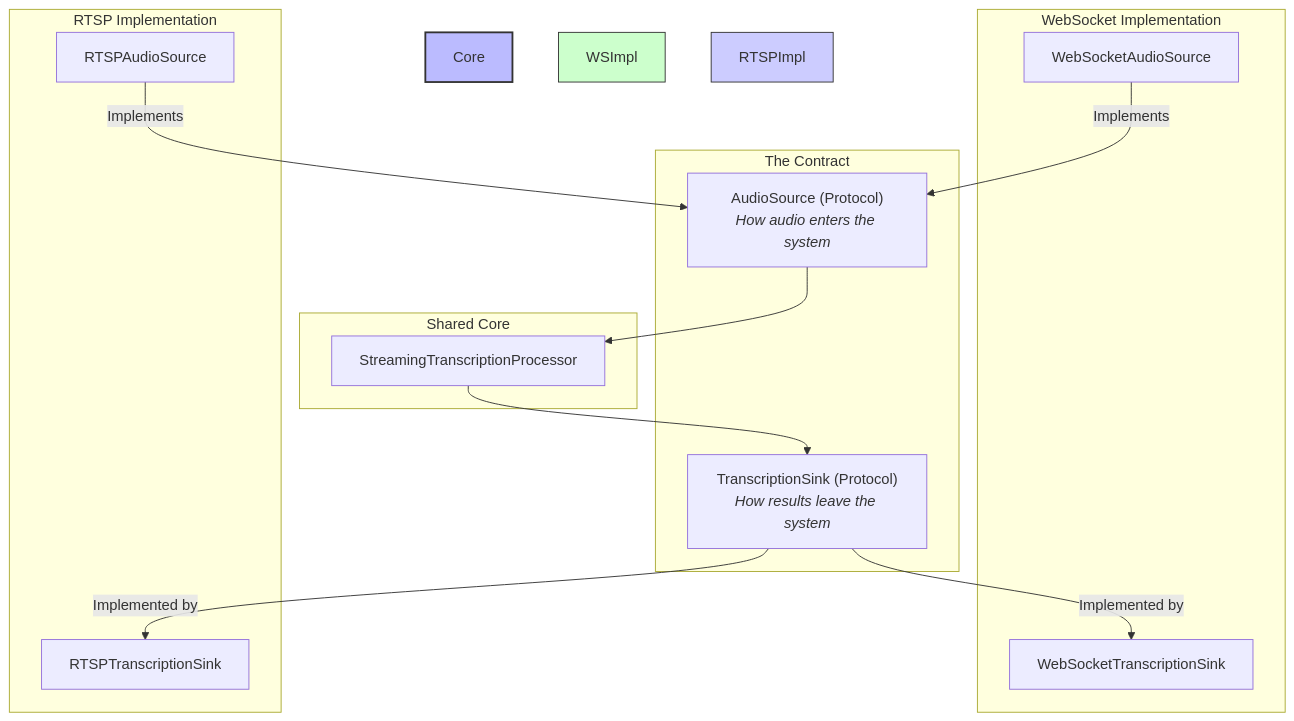
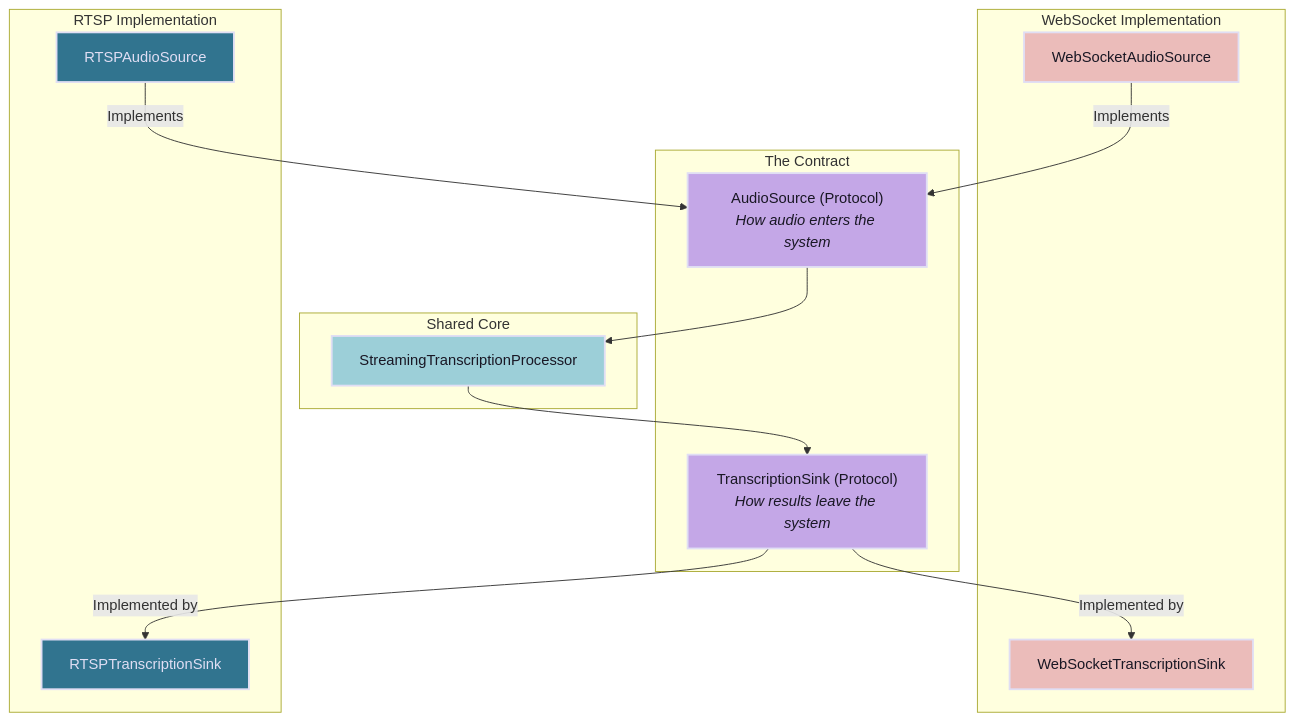
The sixth of 6 diagrams in ARCHITECTURE.md (shyndman/lmnop-eavesdrop), drawn with Mermaid before and after one commit. The commit also changed other lines of this file, not shown here.

Commit message:
Update coloring used in Mermaid diagram

````diff
--- a/ARCHITECTURE.md
+++ b/ARCHITECTURE.md
@@ -221,35 +245,43 @@
 ```mermaid
 graph TD
     subgraph "The Contract"
         AudioSource["AudioSource (Protocol)<br><i>How audio enters the system</i>"]
         TranscriptionSink["TranscriptionSink (Protocol)<br><i>How results leave the system</i>"]
     end
 
     subgraph "Shared Core"
-        style Core fill:#bbf,stroke:#333,stroke-width:2px
         StreamingProcessor[StreamingTranscriptionProcessor]
     end
 
     subgraph "WebSocket Implementation"
-        style WSImpl fill:#cfc,stroke:#333,stroke-width:1px
         WebSocketAudioSource
         WebSocketTranscriptionSink
     end
 
     subgraph "RTSP Implementation"
-        style RTSPImpl fill:#ccf,stroke:#333,stroke-width:1px
         RTSPAudioSource
         RTSPTranscriptionSink
     end
 
     WebSocketAudioSource -- Implements --> AudioSource
     RTSPAudioSource -- Implements --> AudioSource
 
     AudioSource --> StreamingProcessor
 
     StreamingProcessor --> TranscriptionSink
 
     TranscriptionSink -- Implemented by --> WebSocketTranscriptionSink
     TranscriptionSink -- Implemented by --> RTSPTranscriptionSink
 
+    %% Rose Pine color scheme
+    style AudioSource fill:#c4a7e7,stroke:#e0def4,stroke-width:2px,color:#191724
+    style TranscriptionSink fill:#c4a7e7,stroke:#e0def4,stroke-width:2px,color:#191724
+
+    style StreamingProcessor fill:#9ccfd8,stroke:#e0def4,stroke-width:2px,color:#191724
+
+    style WebSocketAudioSource fill:#ebbcba,stroke:#e0def4,stroke-width:2px,color:#191724
+    style WebSocketTranscriptionSink fill:#ebbcba,stroke:#e0def4,stroke-width:2px,color:#191724
+
+    style RTSPAudioSource fill:#31748f,stroke:#e0def4,stroke-width:2px,color:#e0def4
+    style RTSPTranscriptionSink fill:#31748f,stroke:#e0def4,stroke-width:2px,color:#e0def4
 ```
````
